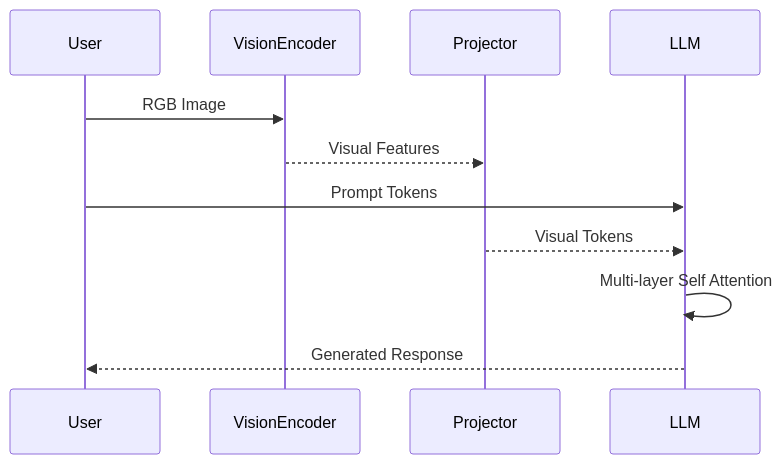
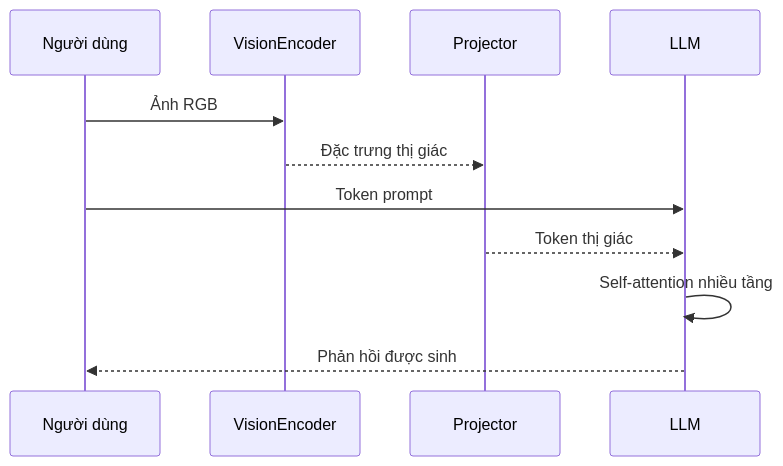
The seventh of 7 diagrams in docs/research_finding/01-gwen/broad_overview/LLM_VLM/llm_vlm_difference.md (cycler04/VinRobotics-VLA), drawn with Mermaid before and after one commit. The commit also changed other lines of this file and 79 other files, not shown here.

````diff
--- a/docs/research_finding/01-gwen/broad_overview/LLM_VLM/llm_vlm_difference.md
+++ b/docs/research_finding/01-gwen/broad_overview/LLM_VLM/llm_vlm_difference.md
@@ -157,14 +157,14 @@
 ```mermaid
 sequenceDiagram
-    participant User
+    participant User as Người dùng
     participant VisionEncoder
     participant Projector
     participant LLM
 
-    User->>VisionEncoder: RGB Image
-    VisionEncoder-->>Projector: Visual Features
-    User->>LLM: Prompt Tokens
-    Projector-->>LLM: Visual Tokens
-    LLM->>LLM: Multi-layer Self Attention
-    LLM-->>User: Generated Response
+    User->>VisionEncoder: Ảnh RGB
+    VisionEncoder-->>Projector: Đặc trưng thị giác
+    User->>LLM: Token prompt
+    Projector-->>LLM: Token thị giác
+    LLM->>LLM: Self-attention nhiều tầng
+    LLM-->>User: Phản hồi được sinh
 ```
````
